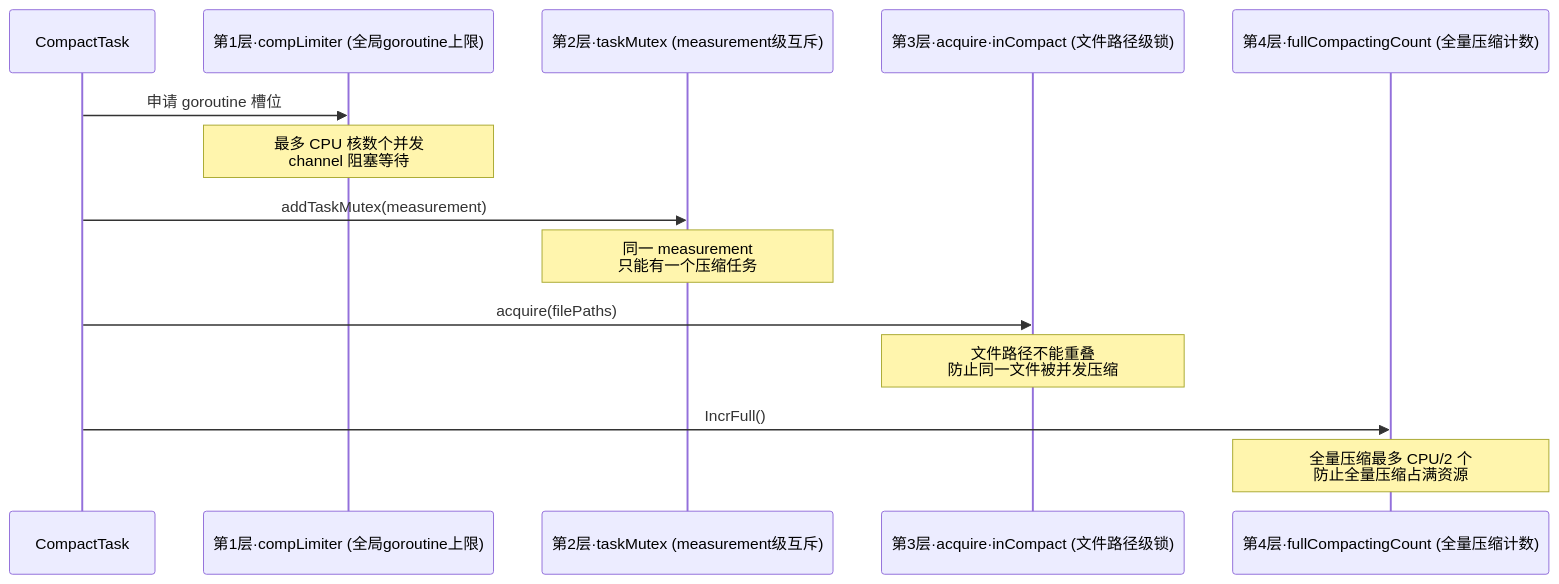
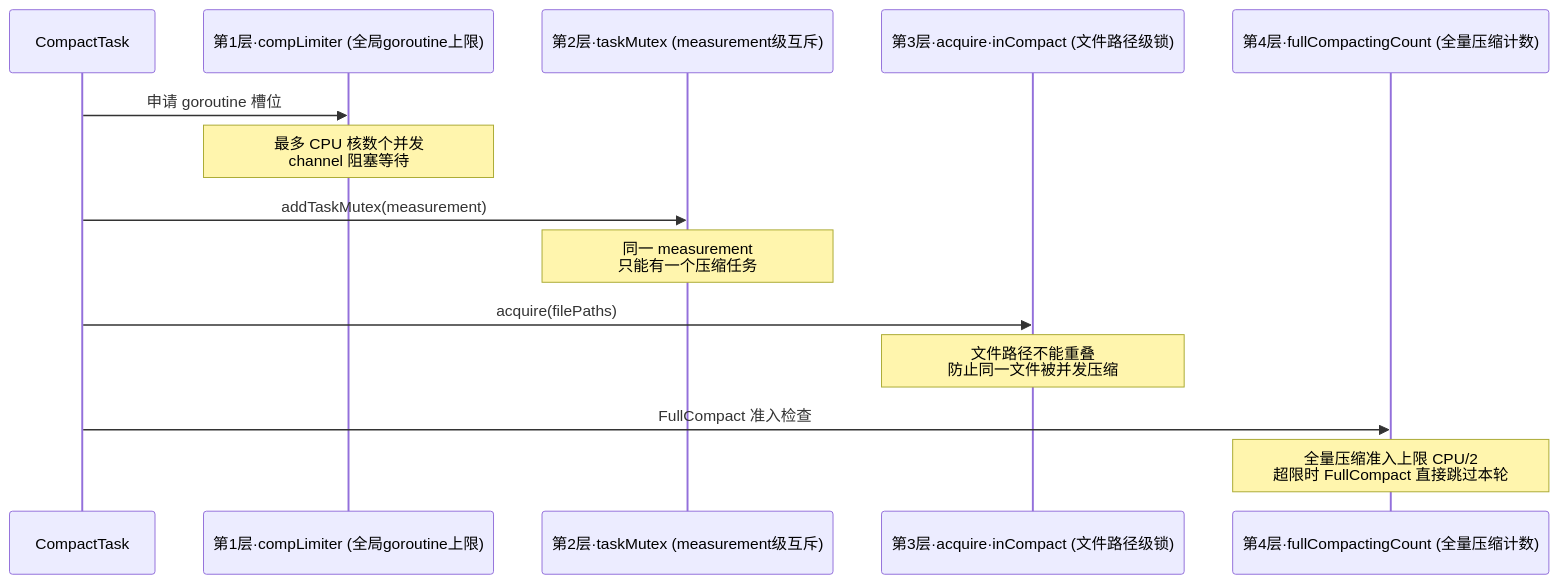
One commit to stefanv5/openGemini changed diagram 11 of 33 in docs/specs/04_background_tasks_spec.md. Above: the diagram before and after it, drawn with Mermaid. The commit also changed other lines of this file and 37 other files, not shown here.

````diff
--- a/docs/specs/04_background_tasks_spec.md
+++ b/docs/specs/04_background_tasks_spec.md
@@ -1095,20 +1103,20 @@
 ```mermaid
 sequenceDiagram
     participant Task as CompactTask
     participant L1 as 第1层·compLimiter (全局goroutine上限)
     participant L2 as 第2层·taskMutex (measurement级互斥)
     participant L3 as 第3层·acquire·inCompact (文件路径级锁)
     participant L4 as 第4层·fullCompactingCount (全量压缩计数)
 
     Task->>L1: 申请 goroutine 槽位
     Note over L1: 最多 CPU 核数个并发<br/>channel 阻塞等待
 
     Task->>L2: addTaskMutex(measurement)
     Note over L2: 同一 measurement<br/>只能有一个压缩任务
 
     Task->>L3: acquire(filePaths)
     Note over L3: 文件路径不能重叠<br/>防止同一文件被并发压缩
 
-    Task->>L4: IncrFull()
-    Note over L4: 全量压缩最多 CPU/2 个<br/>防止全量压缩占满资源
+    Task->>L4: FullCompact 准入检查
+    Note over L4: 全量压缩准入上限 CPU/2<br/>超限时 FullCompact 直接跳过本轮
 ```
````
